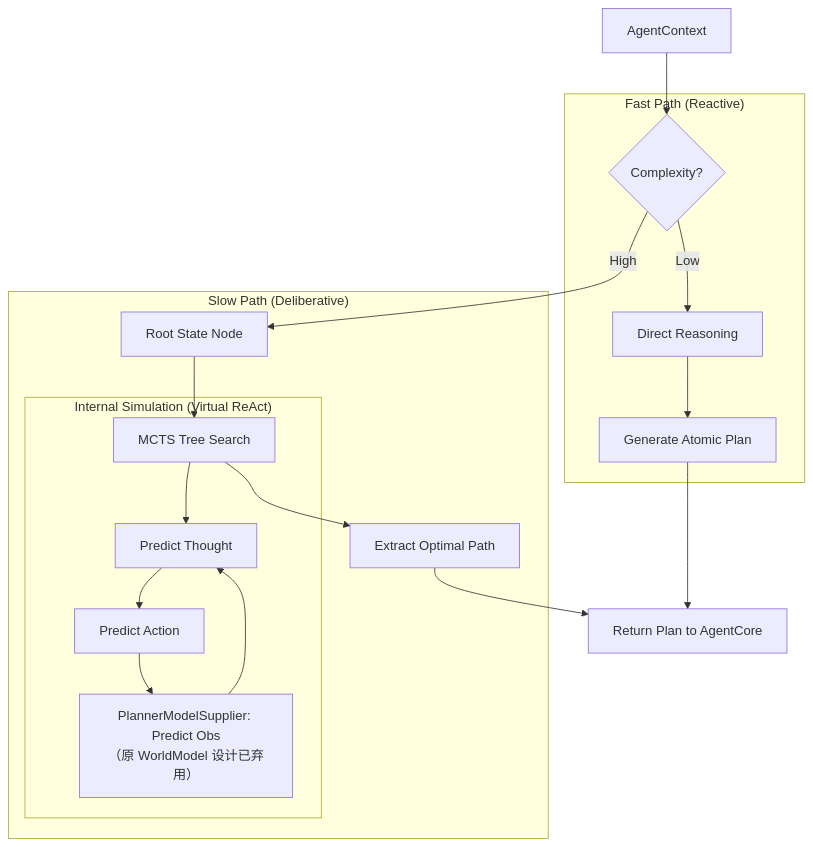
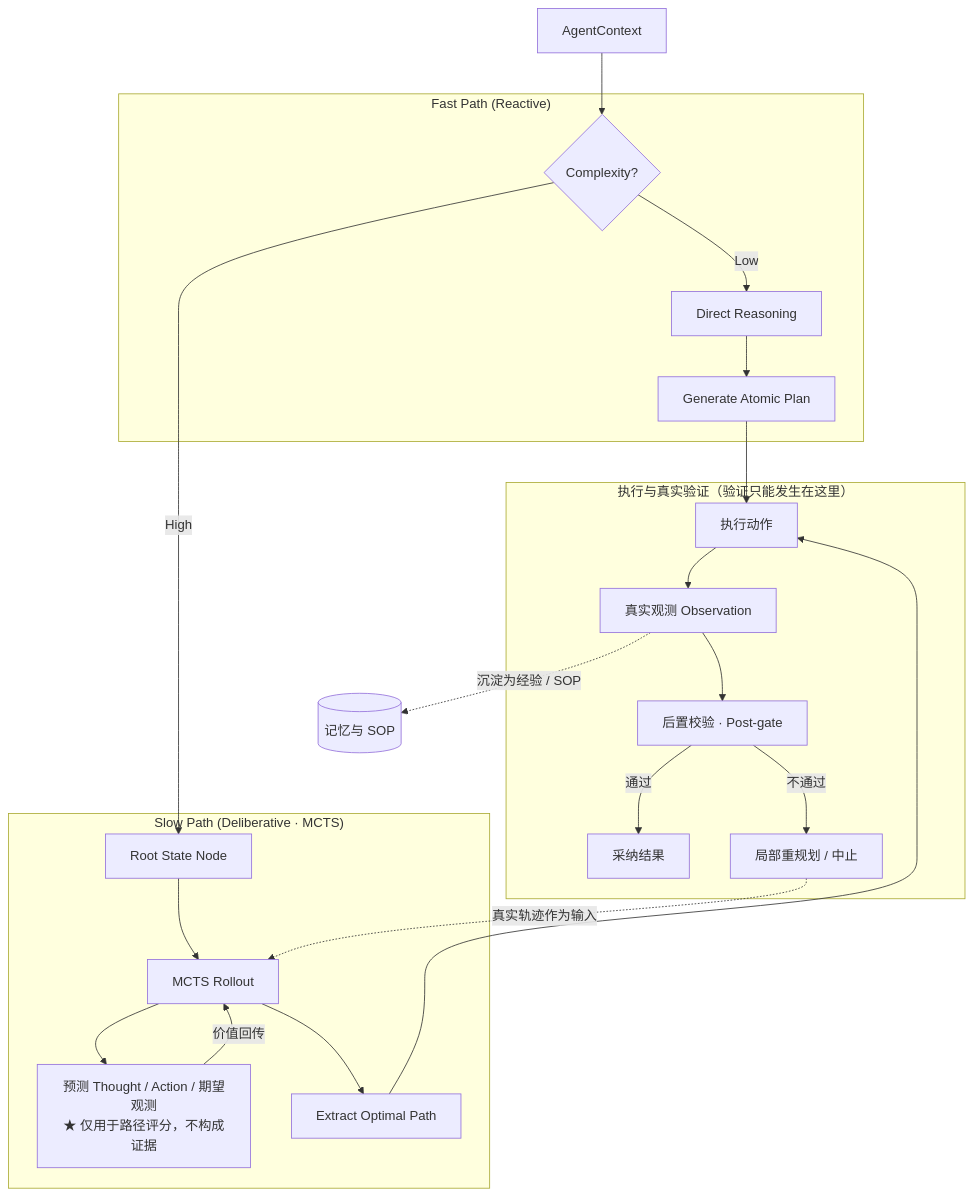
The second of 2 diagrams in docs/alice-core-planner/DESIGN.md (chaineasy-ai/alice-agent), drawn with Mermaid before and after one commit. The commit also changed other lines of this file, not shown here.

Commit message:
docs(planner): 双路径流程图重画——MCTS 预测只做评分（非证据），验证点移到执行后 Post-gate；ASCII 状态机 SIMULATION/VAL → ROLLOUT/价值回传

````diff
--- a/docs/alice-core-planner/DESIGN.md
+++ b/docs/alice-core-planner/DESIGN.md
@@ -83,26 +83,29 @@
 ```mermaid
 graph TD
     Input[AgentContext] --> Assess{Complexity?}
 
-    subgraph "Fast Path (Reactive)"
+    subgraph Fast["Fast Path (Reactive)"]
         Assess -->|Low| Direct[Direct Reasoning]
         Direct --> GenPlan[Generate Atomic Plan]
     end
 
-    subgraph "Slow Path (Deliberative)"
+    subgraph Slow["Slow Path (Deliberative · MCTS)"]
         Assess -->|High| Root[Root State Node]
-        Root --> Search[MCTS Tree Search]
-
-        subgraph "Internal Simulation (Virtual ReAct)"
-            Search --> Thought[Predict Thought]
-            Thought --> VAction[Predict Action]
-            VAction --> World["PlannerModelSupplier: Predict Obs<br/>（原 WorldModel 设计已弃用）"]
-            World --> Thought
-        end
-
+        Root --> Search[MCTS Rollout]
+        Search --> Hyp["预测 Thought / Action / 期望观测<br/>★ 仅用于路径评分，不构成证据"]
+        Hyp -->|价值回传| Search
         Search --> BestPath[Extract Optimal Path]
     end
 
-    GenPlan --> Output[Return Plan to AgentCore]
-    BestPath --> Output
+    subgraph Exec["执行与真实验证（验证只能发生在这里）"]
+        GenPlan --> Run[执行动作]
+        BestPath --> Run
+        Run --> Obs[真实观测 Observation]
+        Obs --> Post[后置校验 · Post-gate]
+        Post -->|通过| Done[采纳结果]
+        Post -->|不通过| Replan[局部重规划 / 中止]
+        Replan -.->|真实轨迹作为输入| Search
+    end
+
+    Obs -.->|沉淀为经验 / SOP| Mem[(记忆与 SOP)]
 ```
````
